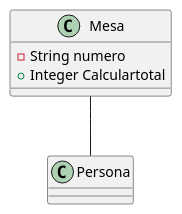
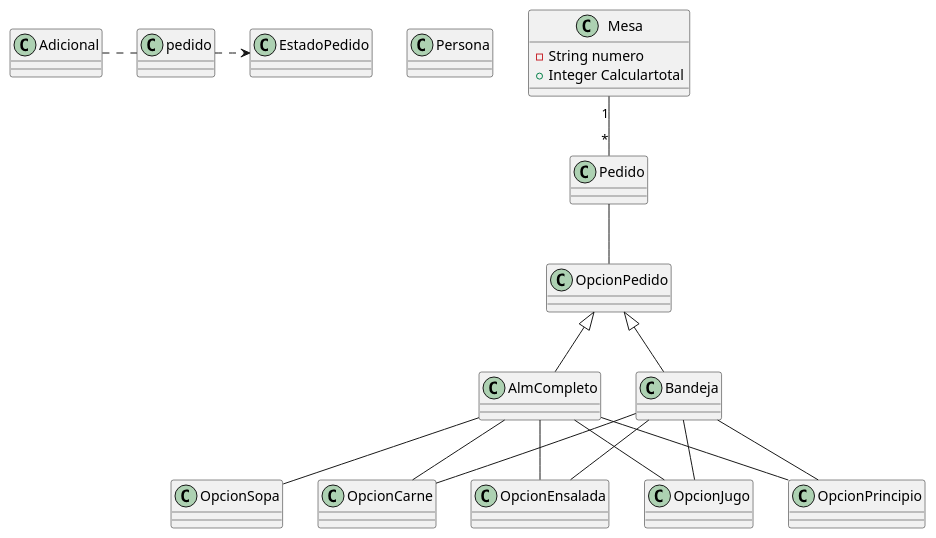
One commit to Danniel13/Crud-corrientazo changed the diagram in doc/diagrama_clases.puml. Above: the diagram before and after it, drawn with PlantUML. The commit also changed other lines of this file and 8 other files, not shown here.

```diff
--- a/doc/diagrama_clases.puml
+++ b/doc/diagrama_clases.puml
@@ -1,10 +1,33 @@
 @startuml "Diagrama de clases"
 
 class Persona
 
 Class Mesa{
   - String numero
   + Integer Calculartotal
 }
-Mesa--Persona
+Mesa "1"-- "*" Pedido
+
+pedido .right.>EstadoPedido
+pedido .left- Adicional
+
+Pedido --OpcionPedido
+
+OpcionPedido <|-- AlmCompleto
+OpcionPedido <|-- Bandeja
+
+AlmCompleto --OpcionSopa
+AlmCompleto --OpcionPrincipio
+AlmCompleto --OpcionCarne
+AlmCompleto --OpcionEnsalada
+AlmCompleto --OpcionJugo
+
+
+Bandeja --OpcionPrincipio
+Bandeja --OpcionCarne
+Bandeja --OpcionEnsalada
+Bandeja --OpcionJugo
+
+
+
 @enduml
```
